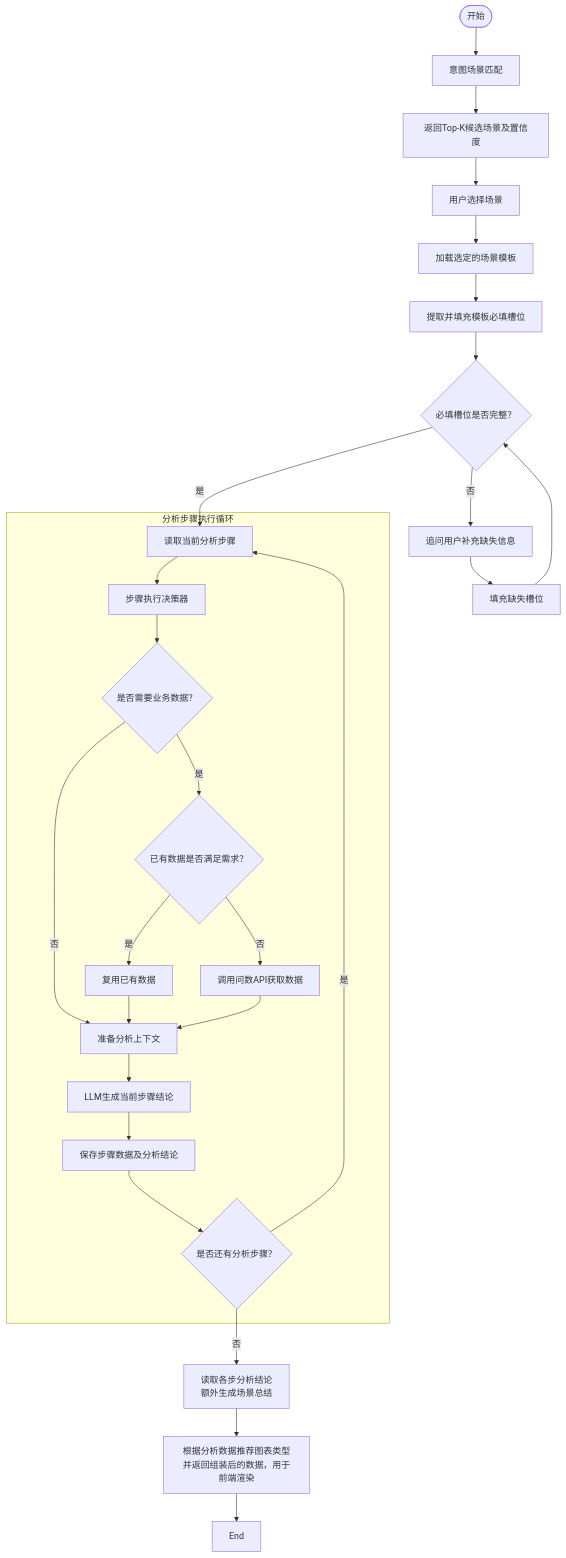
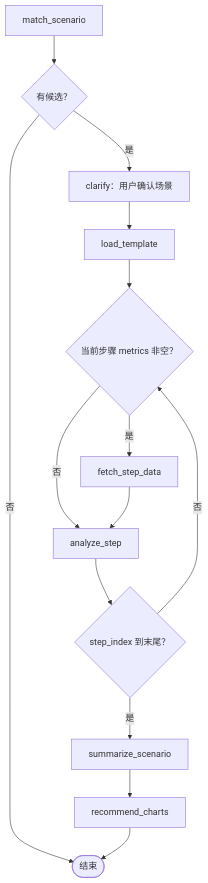
The diagram in docs/系统架构设计说明.md (Cheng-xiaozhen/Life-Insurance-Business-Analysis-Assistant), drawn with Mermaid before and after one commit. The commit also changed other lines of this file and 40 other files, not shown here.

````diff
--- a/docs/系统架构设计说明.md
+++ b/docs/系统架构设计说明.md
@@ -286,42 +284,16 @@
 ```mermaid
 flowchart TD
-    Start([开始]) --> Intent[意图场景匹配]
-
-    Intent --> Candidates[返回Top-K候选场景及置信度]
-    Candidates --> Select[用户选择场景]
-    Select --> Template[加载选定的场景模板]
-
-    Template --> Slots[提取并填充模板必填槽位]
-    Slots --> Check{必填槽位是否完整？}
-
-    Check -->|否| Ask[追问用户补充缺失信息]
-    Ask --> Fill[填充缺失槽位]
-    Fill --> Check
-
-    Check -->|是| LoadStep[读取当前分析步骤]
-
-    subgraph StepExecution [分析步骤执行循环]
-        LoadStep --> Planner[步骤执行决策器]
-
-        Planner --> NeedData{是否需要业务数据？}
-
-        NeedData -->|否| Prepare[准备分析上下文]
-        NeedData -->|是| DataCheck{已有数据是否满足需求？}
-
-        DataCheck -->|是| Reuse[复用已有数据]
-        DataCheck -->|否| Query[调用问数API获取数据]
-
-        Reuse --> Prepare
-        Query --> Prepare
-
-        Prepare --> Analyze[LLM生成当前步骤结论]
-        Analyze --> Save[保存步骤数据及分析结论]
-        Save --> Next{是否还有分析步骤？}
-
-        Next -->|是| LoadStep
-    end
-
-    Next -->|否| Summary[读取各步分析结论<br/>额外生成场景总结]
-    Summary --> Chart[根据分析数据推荐图表类型<br/>并返回组装后的数据，用于前端渲染]
-    Chart --> End
+    A[match_scenario] --> B{有候选？}
+    B -->|否| E([结束])
+    B -->|是| C[clarify：用户确认场景]
+    C --> D[load_template]
+    D --> R{当前步骤 metrics 非空？}
+    R -->|是| F[fetch_step_data]
+    R -->|否| N[analyze_step]
+    F --> N
+    N --> I{step_index 到末尾？}
+    I -->|否| R
+    I -->|是| S[summarize_scenario]
+    S --> G[recommend_charts]
+    G --> E
 ```
````
